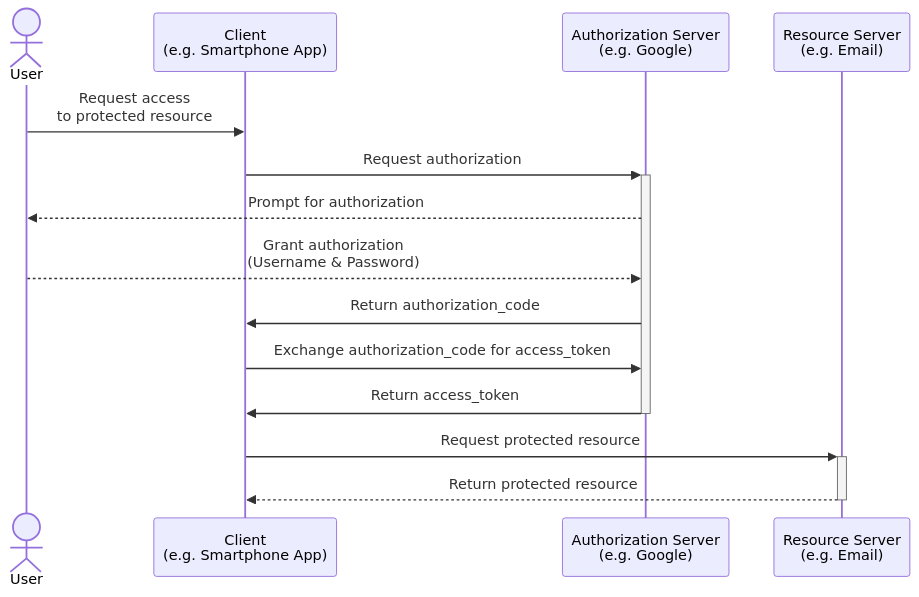
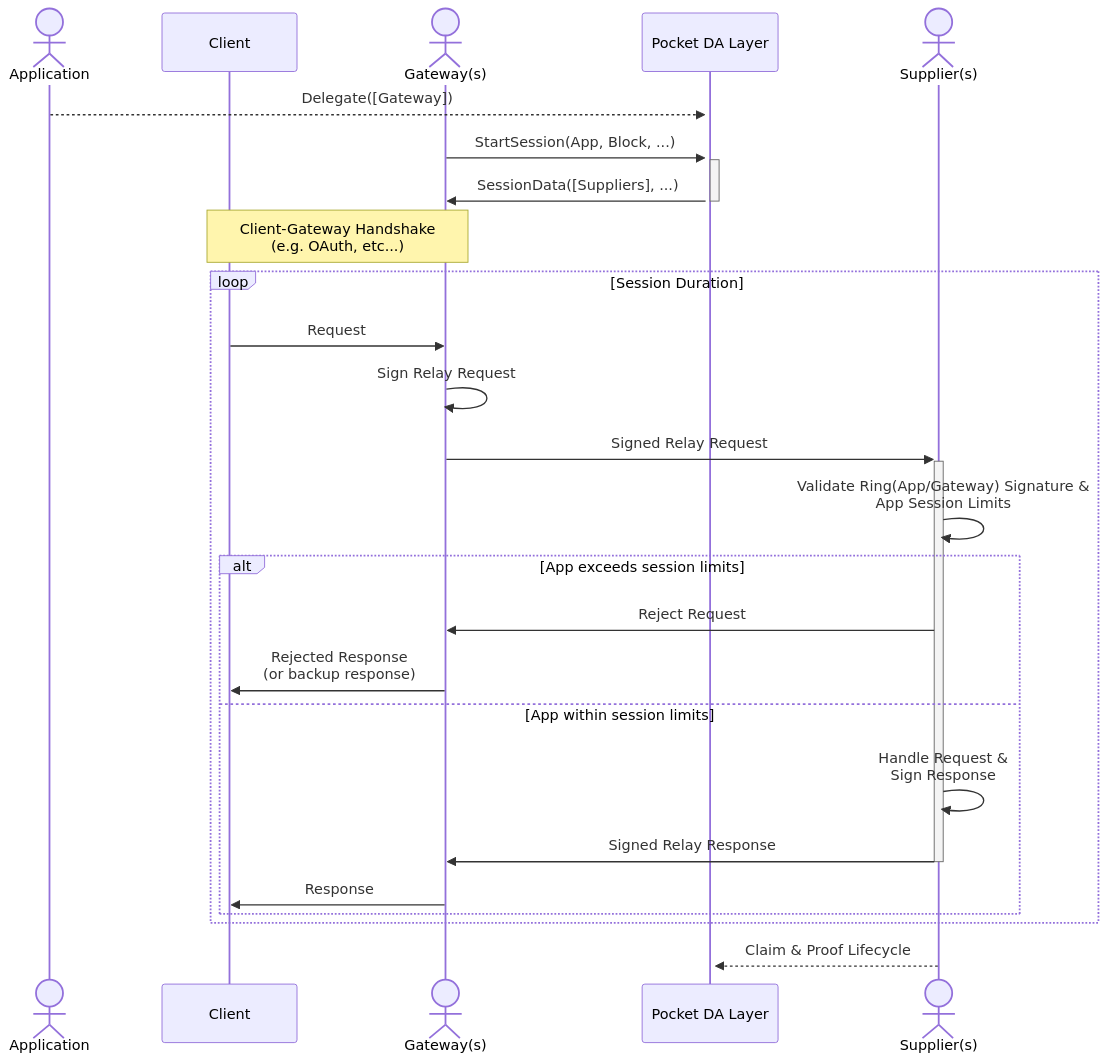
Before and after one commit to pokt-network/poktroll: the second of 6 diagrams in docusaurus/docs/protocol/gateways.md, drawn with Mermaid. The commit also changed other lines of this file and 3 other files, not shown here.

````diff
--- a/docusaurus/docs/protocol/gateways.md
+++ b/docusaurus/docs/protocol/gateways.md
@@ -28,17 +95,32 @@
 ```mermaid
 sequenceDiagram
-    actor U as User
-    participant C as Client<br>(e.g. Smartphone App)
-    participant S as Authorization Server<br>(e.g. Google)
-    participant R as Resource Server<br>(e.g. Email)
+    actor A as Application
+    participant C as Client
+    actor G as Gateway(s)
+    participant DA as Pocket DA Layer
+    actor S as Supplier(s)
 
-    U ->> C: Request access<br>to protected resource
-    C ->> +S: Request authorization
-    S -->> U: Prompt for authorization
-    U -->> S: Grant authorization<br>(Username & Password)
-    S ->> C: Return authorization_code
-    C ->> S: Exchange authorization_code for access_token
-    S ->> -C: Return access_token
-    C ->> +R: Request protected resource
-    R -->> -C: Return protected resource
+    A -->> +DA: Delegate([Gateway])
+
+    G ->> +DA: StartSession(App, Block, ...)
+    DA ->> -G: SessionData([Suppliers], ...)
+
+    note over C,G: Client-Gateway Handshake <br> (e.g. OAuth, etc...)
+
+    loop Session Duration
+        C ->> G: Request
+        G ->> G: Sign Relay Request
+        G ->>+ S: Signed Relay Request
+        S ->> S: Validate Ring(App/Gateway) Signature & <br> App Session Limits
+        alt App exceeds session limits
+            S ->> G: Reject Request
+            G ->> C: Rejected Response <br>(or backup response)
+        else App within session limits
+            S ->> S: Handle Request &<br>Sign Response
+            S ->> -G: Signed Relay Response
+            G ->> C: Response
+        end
+    end
+
+    S -->> DA: Claim & Proof Lifecycle
 ```
````
